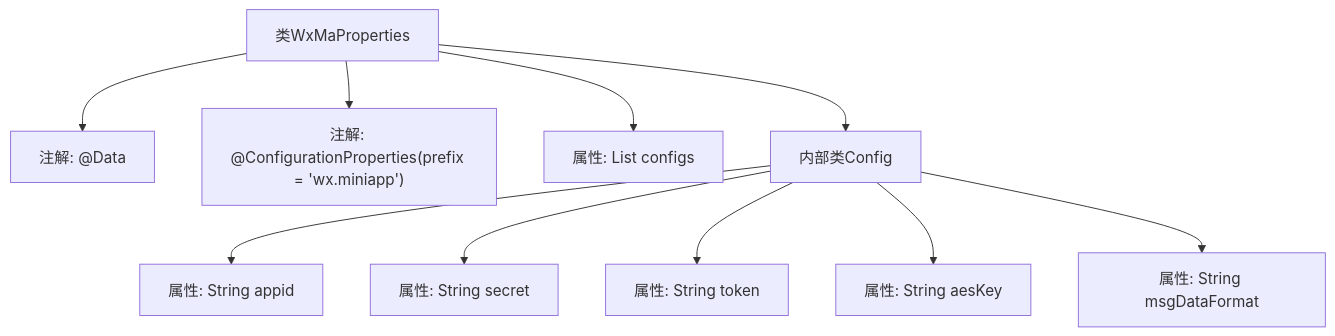
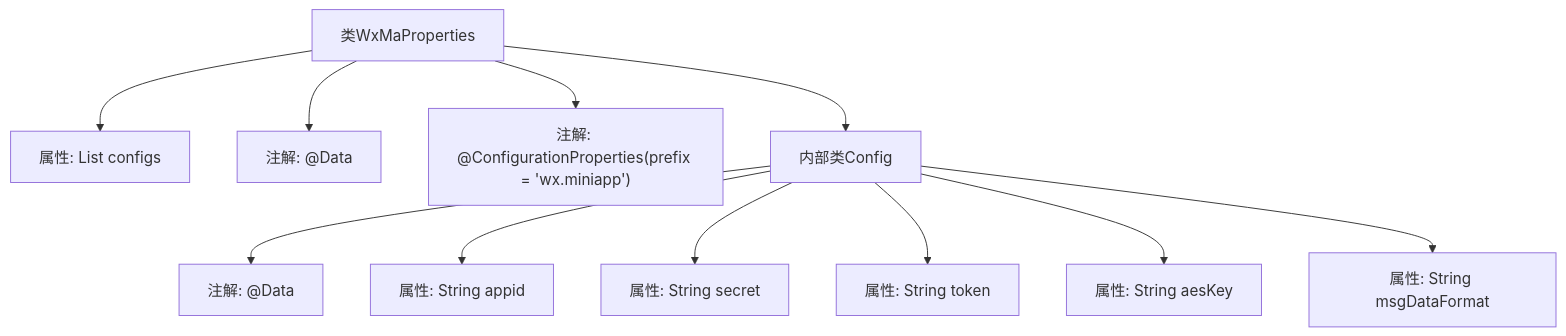
The second of 2 diagrams in docs/zh/docs/src/main/java/com/github/binarywang/demo/wx/miniapp/config/WxMaProperties.md (v-wjrong/binary_weixin-java-miniapp-demo), drawn with Mermaid before and after one commit. The commit also changed other lines of this file and 47 other files, not shown here.

````diff
--- a/docs/zh/docs/src/main/java/com/github/binarywang/demo/wx/miniapp/config/WxMaProperties.md
+++ b/docs/zh/docs/src/main/java/com/github/binarywang/demo/wx/miniapp/config/WxMaProperties.md
@@ -70,23 +70,27 @@
 ```mermaid
 graph TD
     A["类WxMaProperties"]
-    B["注解: @Data"]
-    C["注解: @ConfigurationProperties(prefix = 'wx.miniapp')"]
-    D["属性: List<Config> configs"]
+    B["属性: List<Config> configs"]
+    C["注解: @Data"]
+    D["注解: @ConfigurationProperties(prefix = 'wx.miniapp')"]
+    
     E["内部类Config"]
     F["属性: String appid"]
     G["属性: String secret"]
     H["属性: String token"]
     I["属性: String aesKey"]
     J["属性: String msgDataFormat"]
+    K["注解: @Data"]
 
-    A --> B
     A --> C
     A --> D
+    A --> B
     A --> E
+
+    E --> K
     E --> F
     E --> G
     E --> H
     E --> I
     E --> J
 ```
````
